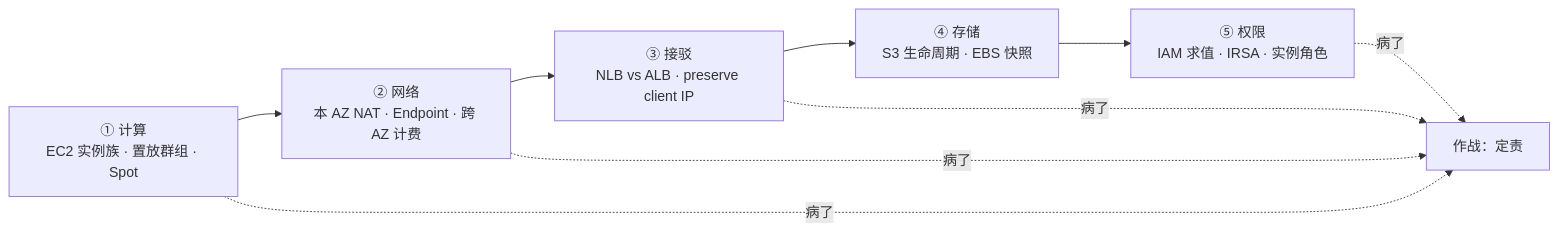
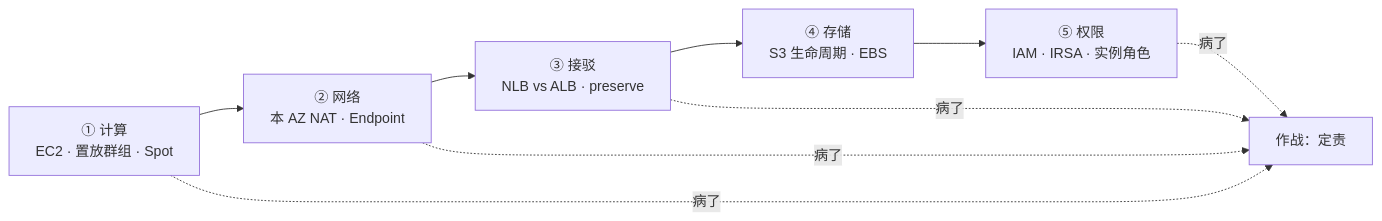
One commit to ml-cuizijun/LearnToLilith changed the first of 7 diagrams in 06-云平台/07-AWS生产/知识点.md. Above: the diagram before and after it, drawn with Mermaid. The commit also changed other lines of this file and 178 other files, not shown here.

````diff
--- a/06-云平台/07-AWS生产/知识点.md
+++ b/06-云平台/07-AWS生产/知识点.md
@@ -19,11 +15,11 @@
 ```mermaid
 flowchart LR
-    COMPUTE["① 计算<br/>EC2 实例族 · 置放群组 · Spot"] --> NET["② 网络<br/>本 AZ NAT · Endpoint · 跨 AZ 计费"]
-    NET --> LB["③ 接驳<br/>NLB vs ALB · preserve client IP"]
-    LB --> STORE["④ 存储<br/>S3 生命周期 · EBS 快照"]
-    STORE --> IAM["⑤ 权限<br/>IAM 求值 · IRSA · 实例角色"]
+    COMPUTE["① 计算<br/>EC2 · 置放群组 · Spot"] --> NET["② 网络<br/>本 AZ NAT · Endpoint"]
+    NET --> LB["③ 接驳<br/>NLB vs ALB · preserve"]
+    LB --> STORE["④ 存储<br/>S3 生命周期 · EBS"]
+    STORE --> IAM["⑤ 权限<br/>IAM · IRSA · 实例角色"]
     IAM -.->|病了| DOC["作战：定责"]
     COMPUTE -.->|病了| DOC
     NET -.->|病了| DOC
     LB -.->|病了| DOC
 ```
````
